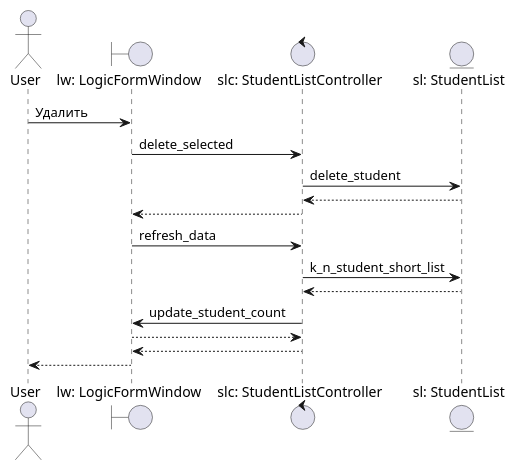
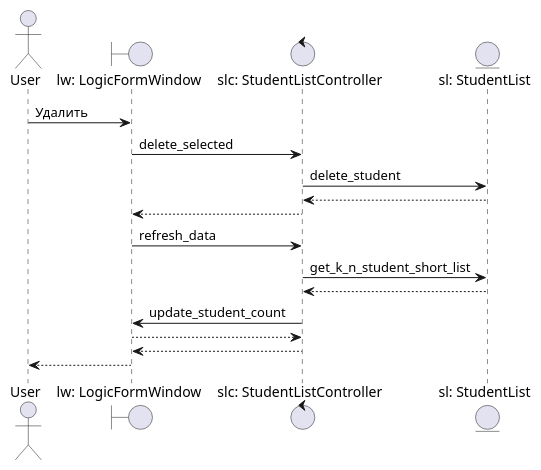
One commit to yellowcat-dotcom/Ruby changed the diagram in Lab_2/Diagrams/delete.puml. Above: the diagram before and after it, drawn with PlantUML. The commit also changed 9 other files, not shown here.

Commit message:
new diagram edit

```diff
--- a/Lab_2/Diagrams/delete.puml
+++ b/Lab_2/Diagrams/delete.puml
@@ -1,24 +1,24 @@
 @startuml
  'https://plantuml.com/sequence-diagram
 
 
 
  actor       User                        as user
  boundary    "lw: LogicFormWindow"                   as lw
  control     "slc: StudentListController"        as slc
  entity      "sl: StudentList"           as sl
 
  user -> lw : Удалить
  lw -> slc : delete_selected
  slc -> sl : delete_student
  sl --> slc
  slc --> lw
  lw -> slc : refresh_data
- slc -> sl : k_n_student_short_list
+ slc -> sl : get_k_n_student_short_list
  sl --> slc
  slc -> lw : update_student_count
  lw --> slc
  slc --> lw
  lw --> user
 
  @enduml
```
